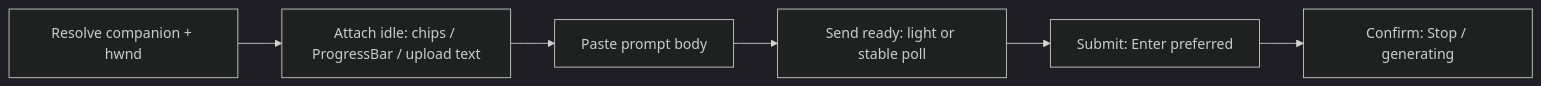
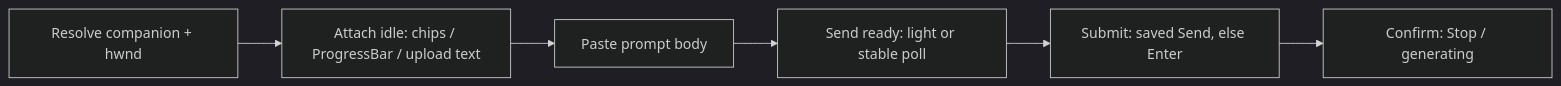
Before and after one commit to duducm2/scripts: the diagram in docs/prompt-paste-companion-readiness.md, drawn with Mermaid (dark theme). The commit also changed other lines of this file and 1 other file, not shown here.

Commit message:
generic commit 2026-09-30 18:31:28

````diff
--- a/docs/prompt-paste-companion-readiness.md
+++ b/docs/prompt-paste-companion-readiness.md
@@ -11,10 +11,10 @@
 ```mermaid
 flowchart LR
   resolve[Resolve companion + hwnd]
   attach[Attach idle: chips / ProgressBar / upload text]
   paste[Paste prompt body]
   ready[Send ready: light or stable poll]
-  submit[Submit: Enter preferred]
+  submit[Submit: saved Send, else Enter]
   confirm[Confirm: Stop / generating]
   resolve --> attach --> paste --> ready --> submit --> confirm
 ```
````
